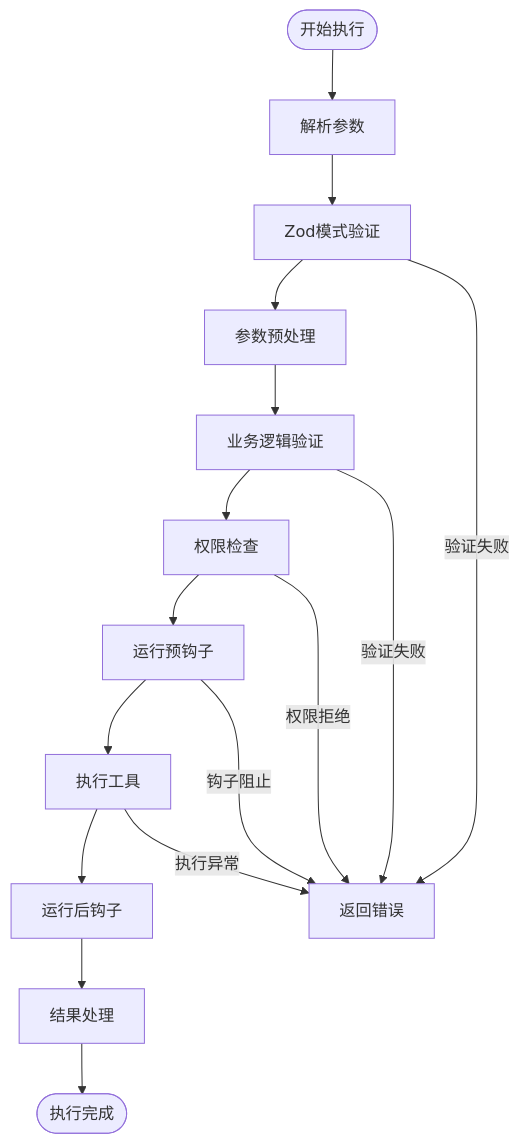
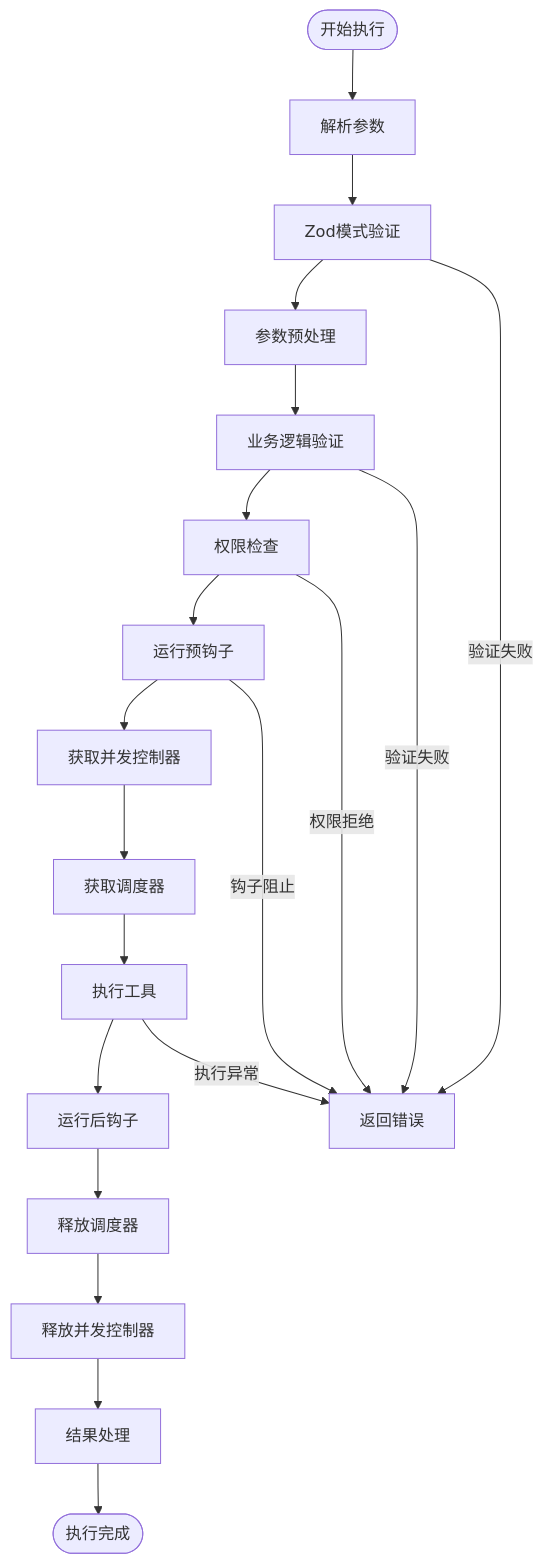
The third of 6 diagrams in .qoder/repowiki/zh/content/核心功能/工具系统/统一工具执行框架.md (JunjieChen0/NJUST), drawn with Mermaid before and after one commit. The commit also changed other lines of this file and 37 other files, not shown here.

````diff
--- a/.qoder/repowiki/zh/content/核心功能/工具系统/统一工具执行框架.md
+++ b/.qoder/repowiki/zh/content/核心功能/工具系统/统一工具执行框架.md
@@ -183,18 +251,22 @@
 ```mermaid
 flowchart TD
 Start([开始执行]) --> ParseParams[解析参数]
 ParseParams --> SchemaValidation[Zod模式验证]
 SchemaValidation --> Preprocess[参数预处理]
 Preprocess --> BusinessValidation[业务逻辑验证]
 BusinessValidation --> PermissionCheck[权限检查]
 PermissionCheck --> PreHook[运行预钩子]
-PreHook --> Execute[执行工具]
+PreHook --> AcquireController[获取并发控制器]
+AcquireController --> AcquireScheduler[获取调度器]
+AcquireScheduler --> Execute[执行工具]
 Execute --> PostHook[运行后钩子]
-PostHook --> ResultProcessing[结果处理]
+PostHook --> ReleaseScheduler[释放调度器]
+ReleaseScheduler --> ReleaseController[释放并发控制器]
+ReleaseController --> ResultProcessing[结果处理]
 ResultProcessing --> End([执行完成])
 SchemaValidation --> |验证失败| ErrorReturn[返回错误]
 BusinessValidation --> |验证失败| ErrorReturn
 PermissionCheck --> |权限拒绝| ErrorReturn
 PreHook --> |钩子阻止| ErrorReturn
 Execute --> |执行异常| ErrorReturn
 ```
````
